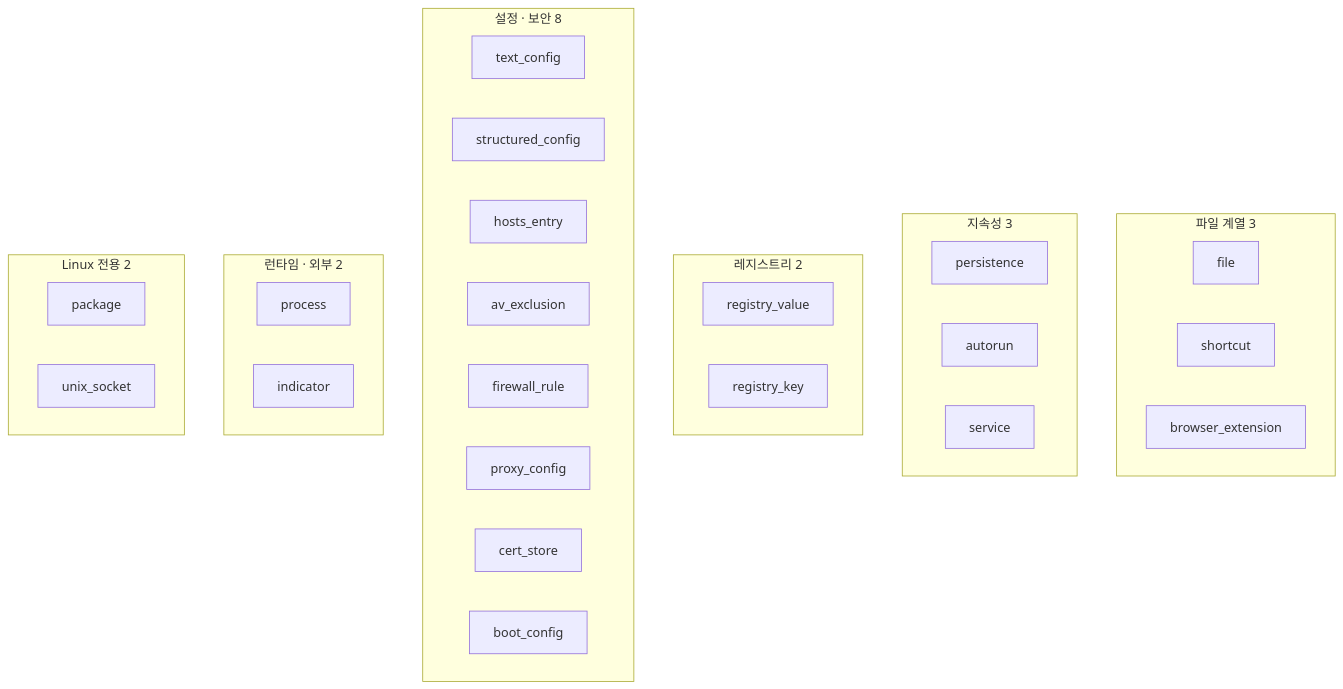
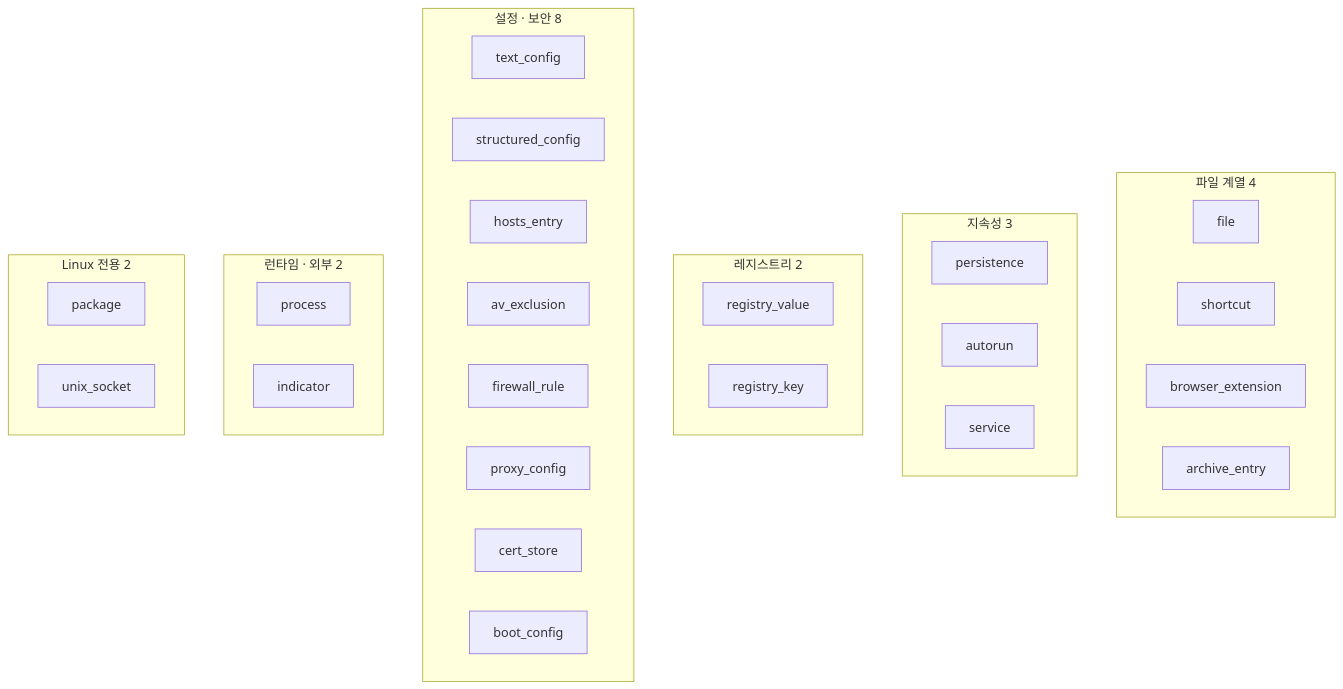
One commit to ESTsecurity/remedy changed diagram 11 of 21 in docs/remedy-전체-그림.md. Above: the diagram before and after it, drawn with Mermaid. The commit also changed other lines of this file and 39 other files, not shown here.

````diff
--- a/docs/remedy-전체-그림.md
+++ b/docs/remedy-전체-그림.md
@@ -455,35 +455,36 @@
 ```mermaid
 flowchart TB
-    subgraph SF["파일 계열 3"]
+    subgraph SF["파일 계열 4"]
         s1[file]
         s2[shortcut]
         s3[browser_extension]
+        s21[archive_entry]
     end
     subgraph SP["지속성 3"]
         s4[persistence]
         s5[autorun]
         s6[service]
     end
     subgraph SR["레지스트리 2"]
         s7[registry_value]
         s8[registry_key]
     end
     subgraph SC["설정 · 보안 8"]
         s9[text_config]
         s10[structured_config]
         s11[hosts_entry]
         s12[av_exclusion]
         s13[firewall_rule]
         s14[proxy_config]
         s15[cert_store]
         s16[boot_config]
     end
     subgraph SX["런타임 · 외부 2"]
         s17[process]
         s18[indicator]
     end
     subgraph SK["Linux 전용 2"]
         s19[package]
         s20[unix_socket]
     end
 ```
````
